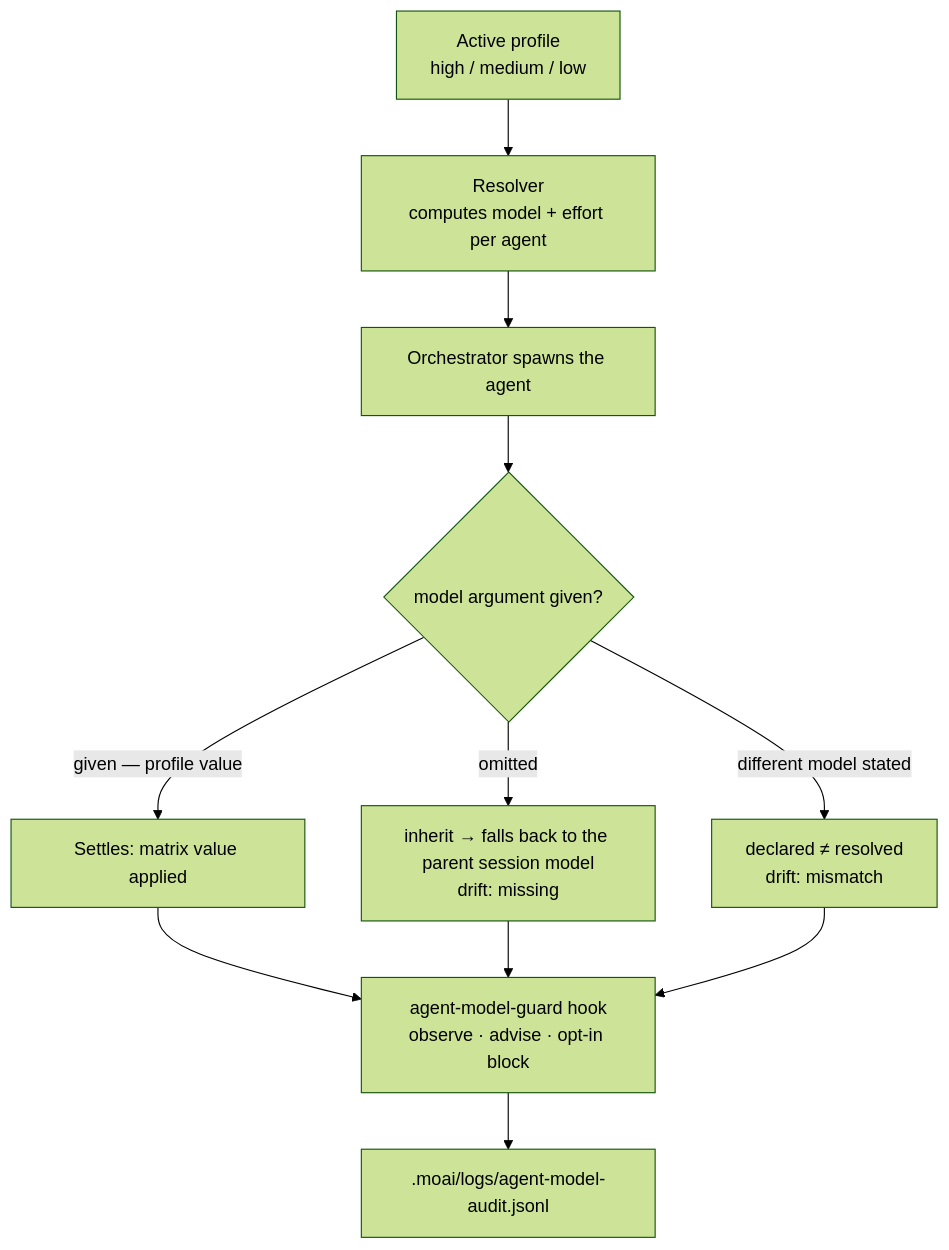
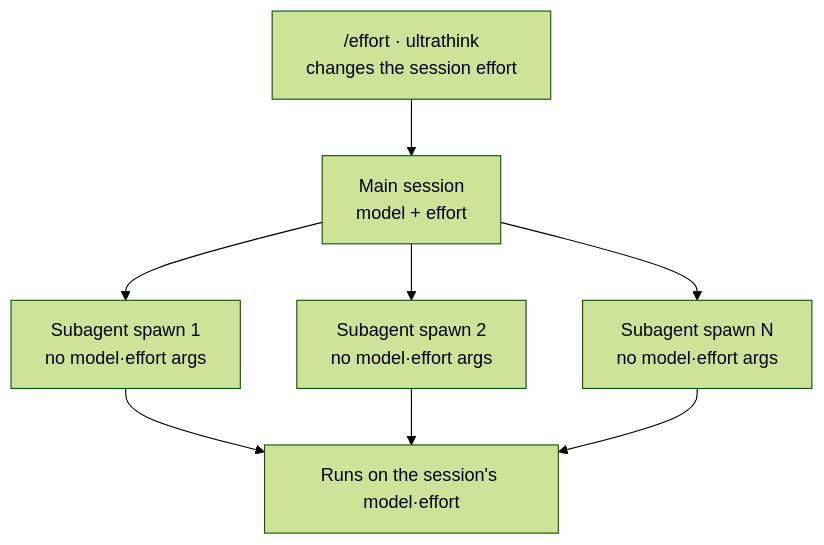
One commit to modu-ai/moai-adk changed the diagram in docs-site/content/en/multi-llm/model-policy.md. Above: the diagram before and after it, drawn with Mermaid (forest theme). The commit also changed other lines of this file and 21 other files, not shown here.

````diff
--- a/docs-site/content/en/multi-llm/model-policy.md
+++ b/docs-site/content/en/multi-llm/model-policy.md
@@ -246,13 +111,10 @@
 ```mermaid
 flowchart TD
-    A["Active profile<br/>high / medium / low"] --> B["Resolver<br/>computes model + effort per agent"]
-    B --> C["Orchestrator spawns the agent"]
-    C --> D{"model argument given?"}
-    D -->|"given — profile value"| E["Settles: matrix value applied"]
-    D -->|"omitted"| F["inherit → falls back to the parent session model<br/>drift: missing"]
-    D -->|"different model stated"| G["declared ≠ resolved<br/>drift: mismatch"]
-    E --> H["agent-model-guard hook<br/>observe · advise · opt-in block"]
-    F --> H
-    G --> H
-    H --> I[".moai/logs/agent-model-audit.jsonl"]
+    S["Main session<br/>model + effort"] --> W1["Subagent spawn 1<br/>no model·effort args"]
+    S --> W2["Subagent spawn 2<br/>no model·effort args"]
+    S --> W3["Subagent spawn N<br/>no model·effort args"]
+    W1 --> I["Runs on the session's model·effort"]
+    W2 --> I
+    W3 --> I
+    E["/effort · ultrathink<br/>changes the session effort"] --> S
 ```
````
